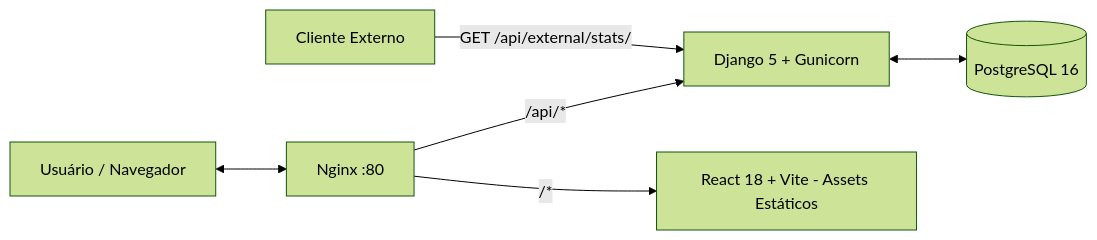
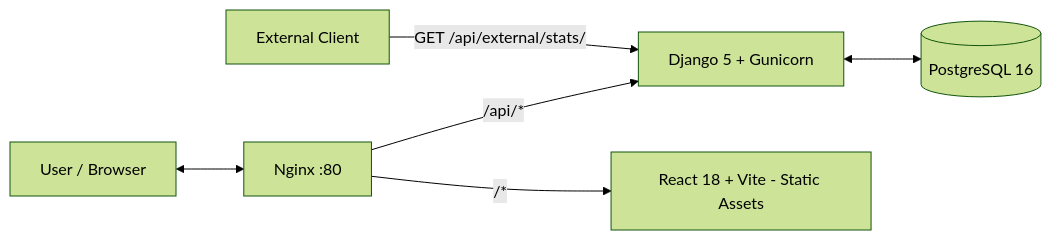
The diagram in README.md (mucadoo/todoapp), drawn with Mermaid (forest theme) before and after one commit. The commit also changed other lines of this file, not shown here.

````diff
--- a/README.md
+++ b/README.md
@@ -55,8 +55,8 @@
 ```mermaid
 graph LR
-    User[Usuário / Navegador] <--> Nginx[Nginx :80]
+    User[User / Browser] <--> Nginx[Nginx :80]
     Nginx -- /api/* --> Backend[Django 5 + Gunicorn]
-    Nginx -- /* --> Frontend[React 18 + Vite - Assets Estáticos]
+    Nginx -- /* --> Frontend[React 18 + Vite - Static Assets]
     Backend <--> DB[(PostgreSQL 16)]
-    External[Cliente Externo] -- GET /api/external/stats/ --> Backend
+    External[External Client] -- GET /api/external/stats/ --> Backend
 ```
````
